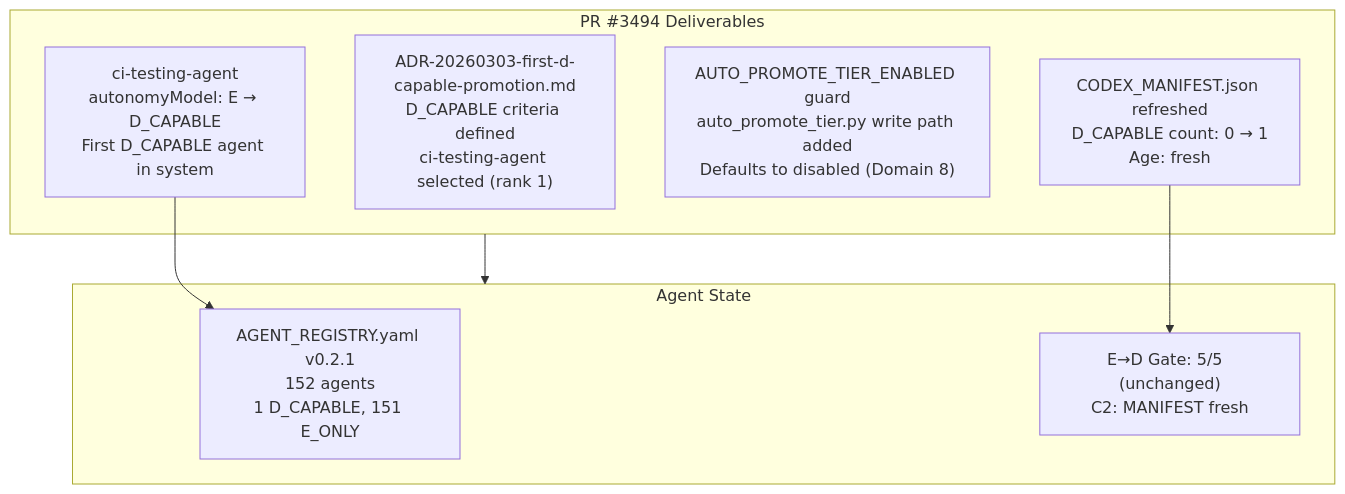
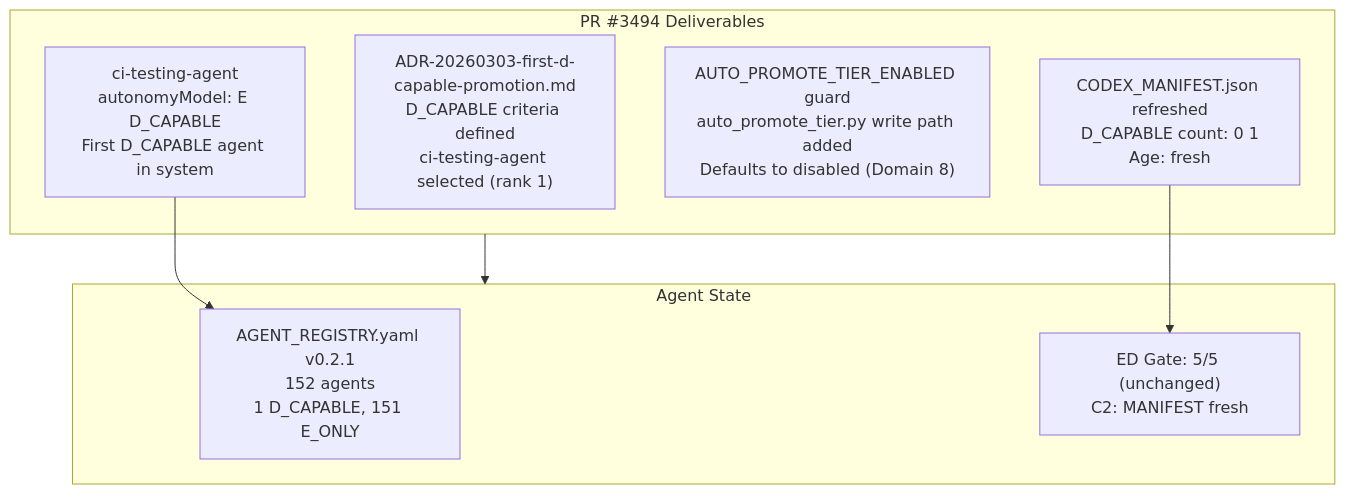
Before and after one commit to Aries-Serpent/_codex_: the diagram in docs/cognitive_brain/status/COGNITIVE_BRAIN_STATUS_PR3494.md, drawn with Mermaid. The commit also changed other lines of this file and 588 other files, not shown here.

````diff
--- a/docs/cognitive_brain/status/COGNITIVE_BRAIN_STATUS_PR3494.md
+++ b/docs/cognitive_brain/status/COGNITIVE_BRAIN_STATUS_PR3494.md
@@ -33,22 +33,22 @@
 ```mermaid
 %%{init: {'accessibility': {'title': 'Diagram showing "PR #3494 Deliverables", " ADR-20260303-first-d-capable-promotion.md\nD_CAPABLE criteria defined\nci-testing-agent selected (rank 1)"'}}%%
 
 graph TB
-    subgraph PR3494["PR #3494 Deliverables"]
-        ADR[" ADR-20260303-first-d-capable-promotion.md\nD_CAPABLE criteria defined\nci-testing-agent selected (rank 1)"]
-        DCAP[" ci-testing-agent\nautonomyModel: E → D_CAPABLE\nFirst D_CAPABLE agent in system"]
-        GUARD[" AUTO_PROMOTE_TIER_ENABLED guard\nauto_promote_tier.py write path added\nDefaults to disabled (Domain 8)"]
-        MAN[" CODEX_MANIFEST.json refreshed\nD_CAPABLE count: 0 → 1\nAge: fresh"]
-    end
+ subgraph PR3494["PR #3494 Deliverables"]
+ ADR[" ADR-20260303-first-d-capable-promotion.md\nD_CAPABLE criteria defined\nci-testing-agent selected (rank 1)"]
+ DCAP[" ci-testing-agent\nautonomyModel: E D_CAPABLE\nFirst D_CAPABLE agent in system"]
+ GUARD[" AUTO_PROMOTE_TIER_ENABLED guard\nauto_promote_tier.py write path added\nDefaults to disabled (Domain 8)"]
+ MAN[" CODEX_MANIFEST.json refreshed\nD_CAPABLE count: 0 1\nAge: fresh"]
+ end
 
-    subgraph AGENTS["Agent State"]
-        REG["AGENT_REGISTRY.yaml v0.2.1\n152 agents\n1 D_CAPABLE, 151 E_ONLY"]
-        GATES["E→D Gate: 5/5  (unchanged)\nC2: MANIFEST fresh"]
-    end
+ subgraph AGENTS["Agent State"]
+ REG["AGENT_REGISTRY.yaml v0.2.1\n152 agents\n1 D_CAPABLE, 151 E_ONLY"]
+ GATES["ED Gate: 5/5 (unchanged)\nC2: MANIFEST fresh"]
+ end
 
-    PR3494 --> AGENTS
+ PR3494 --> AGENTS
 
-    DCAP --> REG
+ DCAP --> REG
 
-    MAN --> GATES
+ MAN --> GATES
 ```
````
